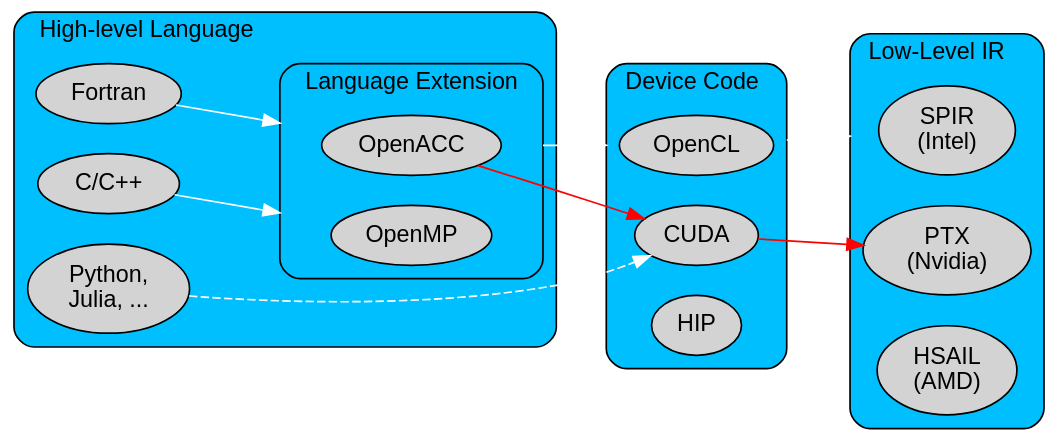
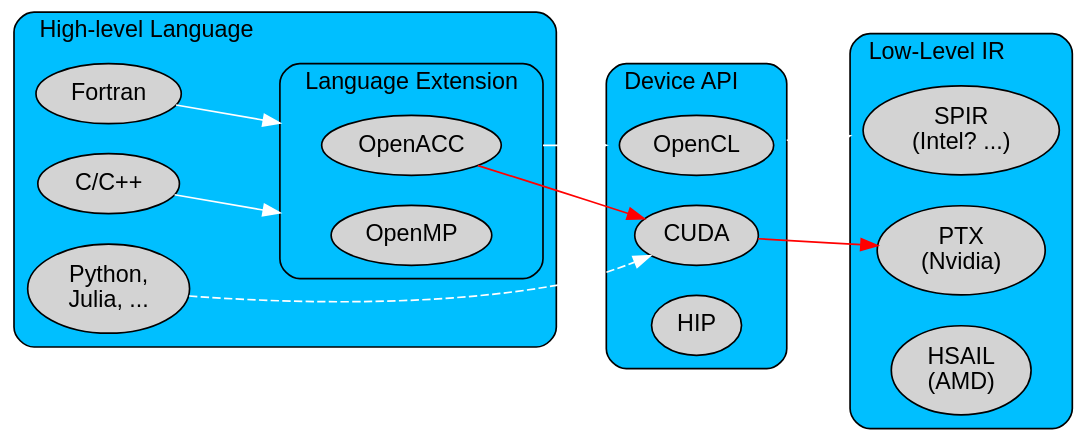
Before and after one commit to marshallward/ncar2024: the diagram in dot/gpucode.dot, drawn with Graphviz. The commit also changed 4 other files, not shown here.

```diff
--- a/dot/gpucode.dot
+++ b/dot/gpucode.dot
@@ -1,102 +1,102 @@
 digraph gpucode {
     rankdir = LR
     fontname = helvetica
     //fontcolor = white
     labeljust = r
     node [
         style = filled,
         fontname = helvetica
     ]
     ranksep = 0.75
     edge [color="white"]
 
     concentrate = true
     bgcolor = transparent
 
     // Weird flag to enable the subgraph arrow hack
     compound = True
 
     // Code representations
 
     Fortran [label="Fortran"]
     C [label="C/C++"]
     Other [label="Python,\nJulia, ..."]
 
     OpenACC [label="OpenACC"]
     OpenMP [label="OpenMP"]
 
     CUDA [label="CUDA"]
     OpenCL [label="OpenCL"]
     HIP [label="HIP"]
 
     PTX [label="PTX\n(Nvidia)"]
-    SPIR [label="SPIR\n(Intel)"]
+    SPIR [label="SPIR\n(Intel? ...)"]
     HSAIL [label="HSAIL\n(AMD)"]
 
     // Compilation methods
     // Actual connections:
     //{Fortran, C} -> OpenMP
     //{Fortran, C} -> OpenACC
     // But it's just too many arrows
 
     Fortran -> OpenACC [lhead=cluster_ext]
     C -> OpenMP [lhead=cluster_ext]
 
     Other -> CUDA [style="dashed"]
 
-    // Again, this is cosmetic hacks to connect cluster_ext to cluster_device 
+    // Again, this is cosmetic hacks to connect cluster_ext to cluster_device
 
     // All languages to all device code
     //OpenMP -> HIP [ltail=cluster_lang, lhead=cluster_device]
-    
+
     //OpenACC -> CUDA [color="red"]
     OpenACC -> OpenCL [ltail=cluster_ext, lhead=cluster_device]
     OpenACC -> CUDA [color="red"]
 
     // TODO: Verify
     CUDA -> PTX [color="red"]
     //OpenCL -> {SPIR, PTX}
     //HIP -> {HSAIL, PTX}
     OpenCL -> SPIR [ltail=cluster_device, lhead=cluster_ir]
 
     subgraph cluster_lang {
         label = "High-level Language"
         style = "rounded"
         bgcolor = "deepskyblue"
         labeljust = l
 
         Fortran ; C ; Other
 
         subgraph cluster_ext {
             label = "Language Extension"
             style = "rounded"
             labeljust = l
 
             OpenACC ; OpenMP
         }
     }
 
     subgraph cluster_device {
-        label = "Device Code"
+        label = "Device API"
         style = "rounded"
         bgcolor = "deepskyblue"
         labeljust = l
 
         CUDA ; OpenCL ; HIP
     }
 
     subgraph cluster_ir {
         label = "Low-Level IR"
         style = "rounded"
         bgcolor = "deepskyblue"
         labeljust = l
 
         PTX ; SPIR ; HSAIL
     }
 }
 
 /* Refs:
 - https://www.openmp.org/about/openmp-faq/#WhatLanguages
 - https://en.wikipedia.org/wiki/OpenACC
 - https://en.wikipedia.org/wiki/CUDA
 */
```
